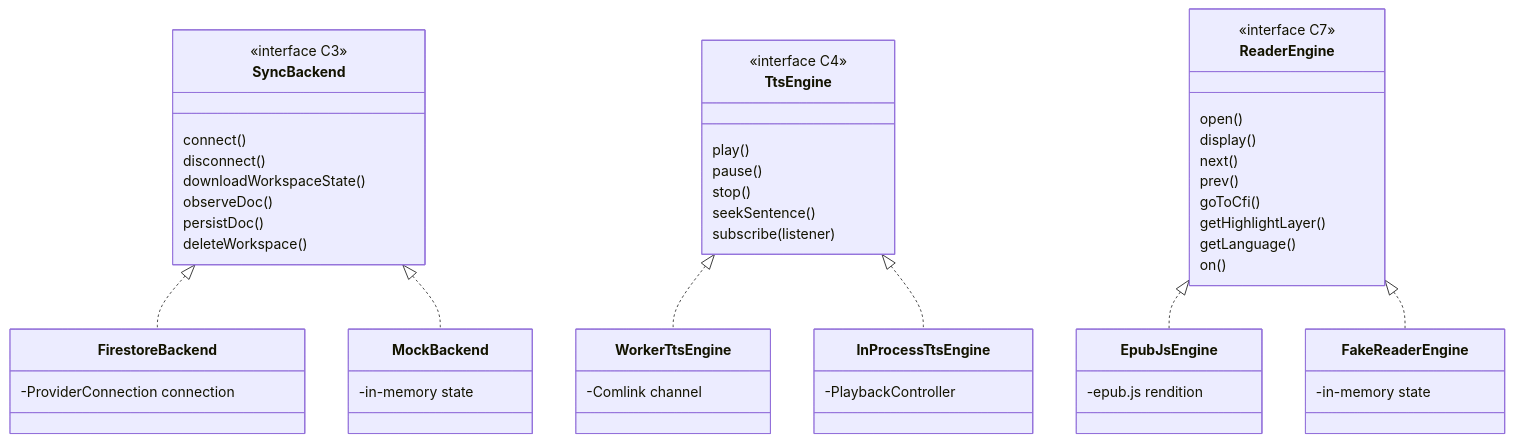
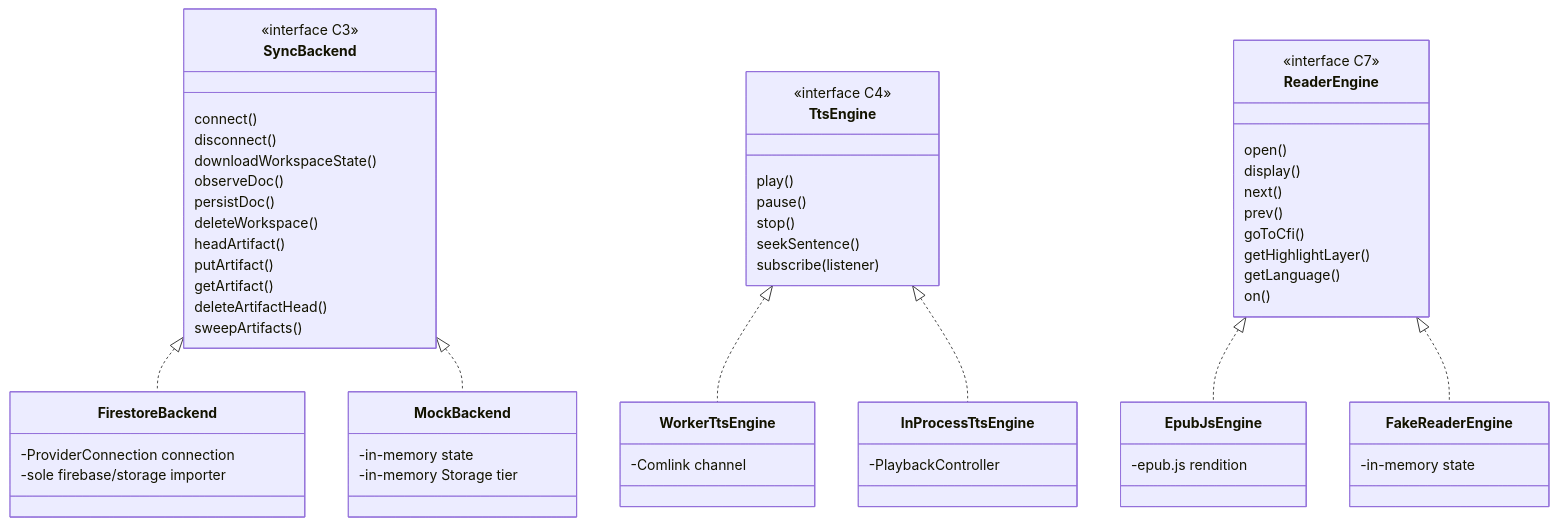
Before and after one commit to vrwarp/versicle: the third of 10 diagrams in docs/comprehensive/10-architecture-overview.md, drawn with Mermaid. The commit also changed other lines of this file and 17 other files, not shown here.

````diff
--- a/docs/comprehensive/10-architecture-overview.md
+++ b/docs/comprehensive/10-architecture-overview.md
@@ -323,57 +338,64 @@
 ```mermaid
 classDiagram
     class SyncBackend {
         <<interface C3>>
         connect()
         disconnect()
         downloadWorkspaceState()
         observeDoc()
         persistDoc()
         deleteWorkspace()
+        headArtifact()
+        putArtifact()
+        getArtifact()
+        deleteArtifactHead()
+        sweepArtifacts()
     }
     class FirestoreBackend {
         -ProviderConnection connection
+        -sole firebase/storage importer
     }
     class MockBackend {
         -in-memory state
+        -in-memory Storage tier
     }
     SyncBackend <|.. FirestoreBackend
     SyncBackend <|.. MockBackend
 
     class TtsEngine {
         <<interface C4>>
         play()
         pause()
         stop()
         seekSentence()
         subscribe(listener)
     }
     class WorkerTtsEngine {
         -Comlink channel
     }
     class InProcessTtsEngine {
         -PlaybackController
     }
     TtsEngine <|.. WorkerTtsEngine
     TtsEngine <|.. InProcessTtsEngine
 
     class ReaderEngine {
         <<interface C7>>
         open()
         display()
         next()
         prev()
         goToCfi()
         getHighlightLayer()
         getLanguage()
         on()
     }
     class EpubJsEngine {
         -epub.js rendition
     }
     class FakeReaderEngine {
         -in-memory state
     }
     ReaderEngine <|.. EpubJsEngine
     ReaderEngine <|.. FakeReaderEngine
 ```
````
